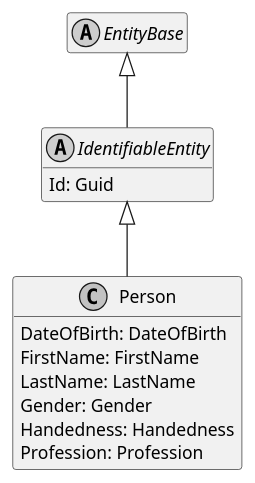
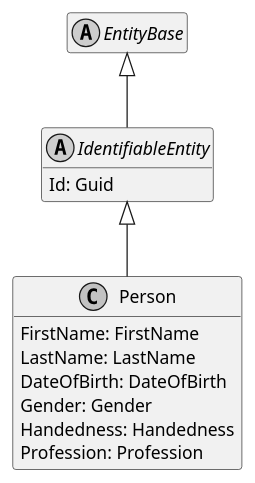
The diagram in Documentation/Generated/Models/DoofesZeug.Models.Human/Person.puml (ObiWanLansi/DoofesZeug), drawn with PlantUML before and after one commit. The commit also changed other lines of this file and 114 other files, not shown here.

```diff
--- a/Documentation/Generated/Models/DoofesZeug.Models.Human/Person.puml
+++ b/Documentation/Generated/Models/DoofesZeug.Models.Human/Person.puml
@@ -1,25 +1,25 @@
 @startuml
 skinparam monochrome true
 hide empty members
 
 abstract class EntityBase {
 }
 
 EntityBase <|-- IdentifiableEntity
 
 abstract class IdentifiableEntity {
     Id: Guid
 }
 
 IdentifiableEntity <|-- Person
 
 class Person {
-    DateOfBirth: DateOfBirth
     FirstName: FirstName
     LastName: LastName
+    DateOfBirth: DateOfBirth
     Gender: Gender
     Handedness: Handedness
     Profession: Profession
 }
 
 @enduml
```
